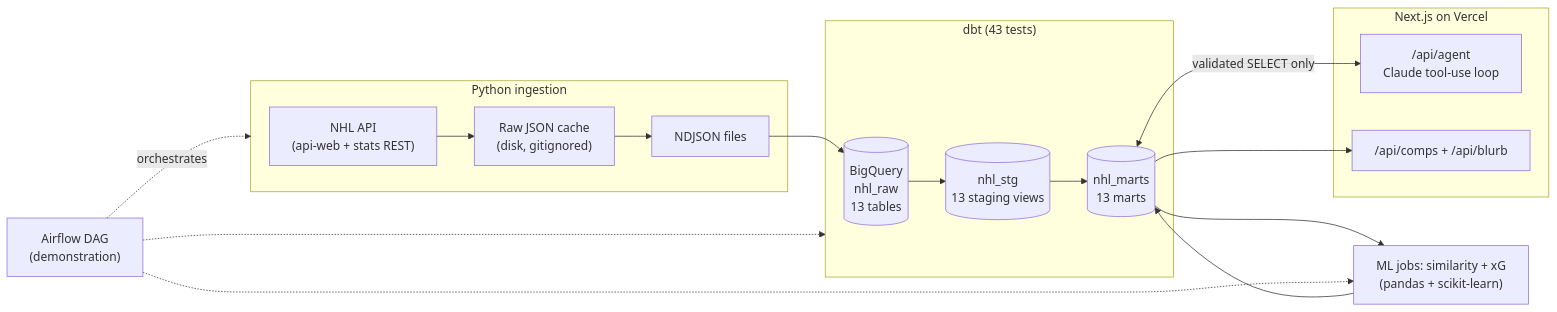
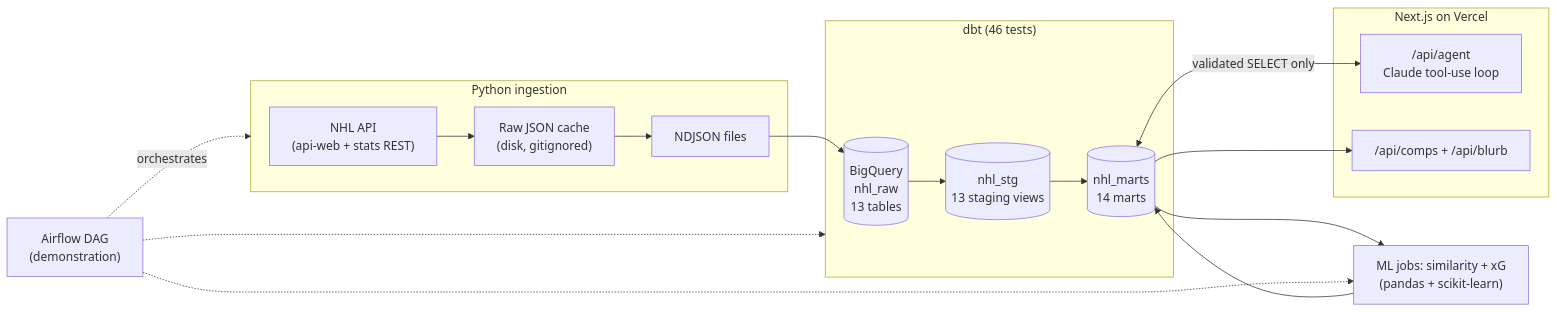
One commit to FakeJenton/hockey-research-agent changed the diagram in README.md. Above: the diagram before and after it, drawn with Mermaid. The commit also changed other lines of this file and 13 other files, not shown here.

First line of the commit message:
Visuals + rolling form: leaderboards page, agent auto-charts, percentile radar, xG shot maps

````diff
--- a/README.md
+++ b/README.md
@@ -17,29 +18,29 @@
 ```mermaid
 flowchart LR
     subgraph Ingestion["Python ingestion"]
         API["NHL API<br/>(api-web + stats REST)"] --> CACHE["Raw JSON cache<br/>(disk, gitignored)"]
         CACHE --> NDJSON["NDJSON files"]
     end
 
     NDJSON --> RAW[("BigQuery<br/>nhl_raw<br/>13 tables")]
 
-    subgraph dbt["dbt (43 tests)"]
+    subgraph dbt["dbt (46 tests)"]
         RAW --> STG[("nhl_stg<br/>13 staging views")]
-        STG --> MARTS[("nhl_marts<br/>13 marts")]
+        STG --> MARTS[("nhl_marts<br/>14 marts")]
     end
 
     MARTS --> SIM["ML jobs: similarity + xG<br/>(pandas + scikit-learn)"]
     SIM --> MARTS
 
     subgraph App["Next.js on Vercel"]
         AGENT["/api/agent<br/>Claude tool-use loop"]
         COMPS["/api/comps + /api/blurb"]
     end
 
     MARTS <--> |"validated SELECT only"| AGENT
     MARTS --> COMPS
 
     AIRFLOW["Airflow DAG<br/>(demonstration)"] -.orchestrates.-> Ingestion
     AIRFLOW -.-> dbt
     AIRFLOW -.-> SIM
 ```
````
